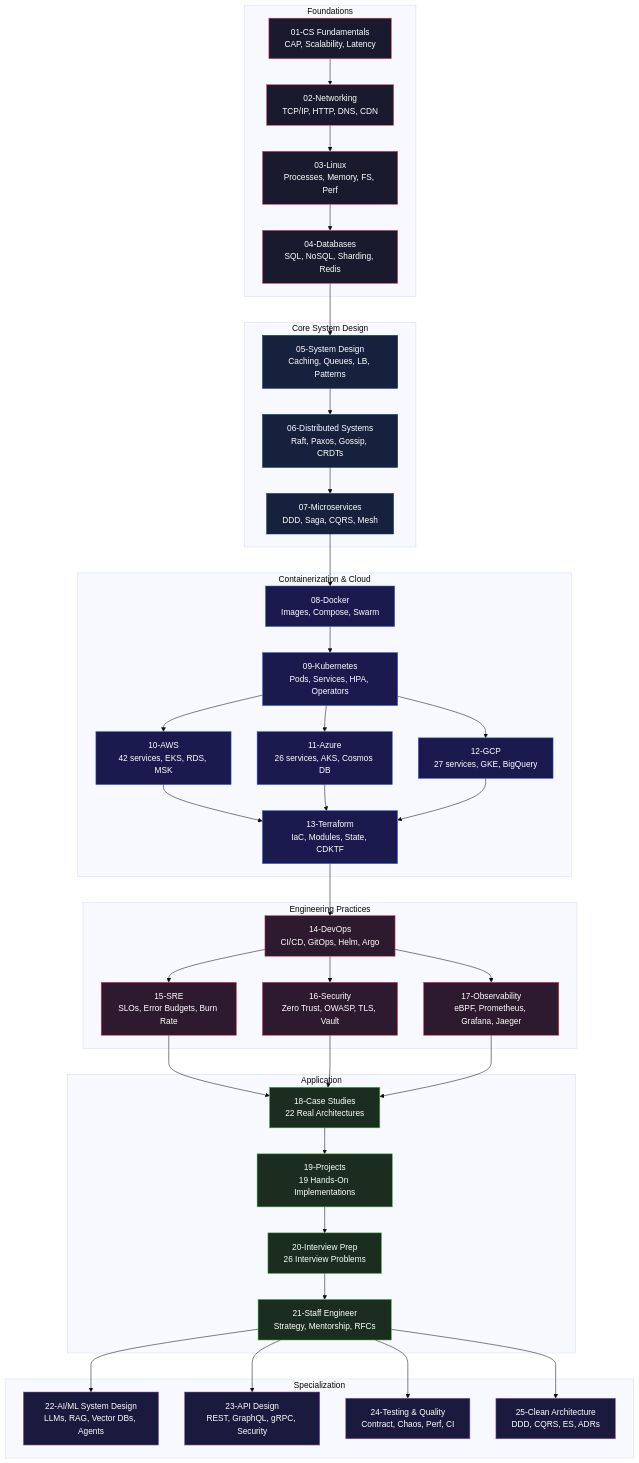
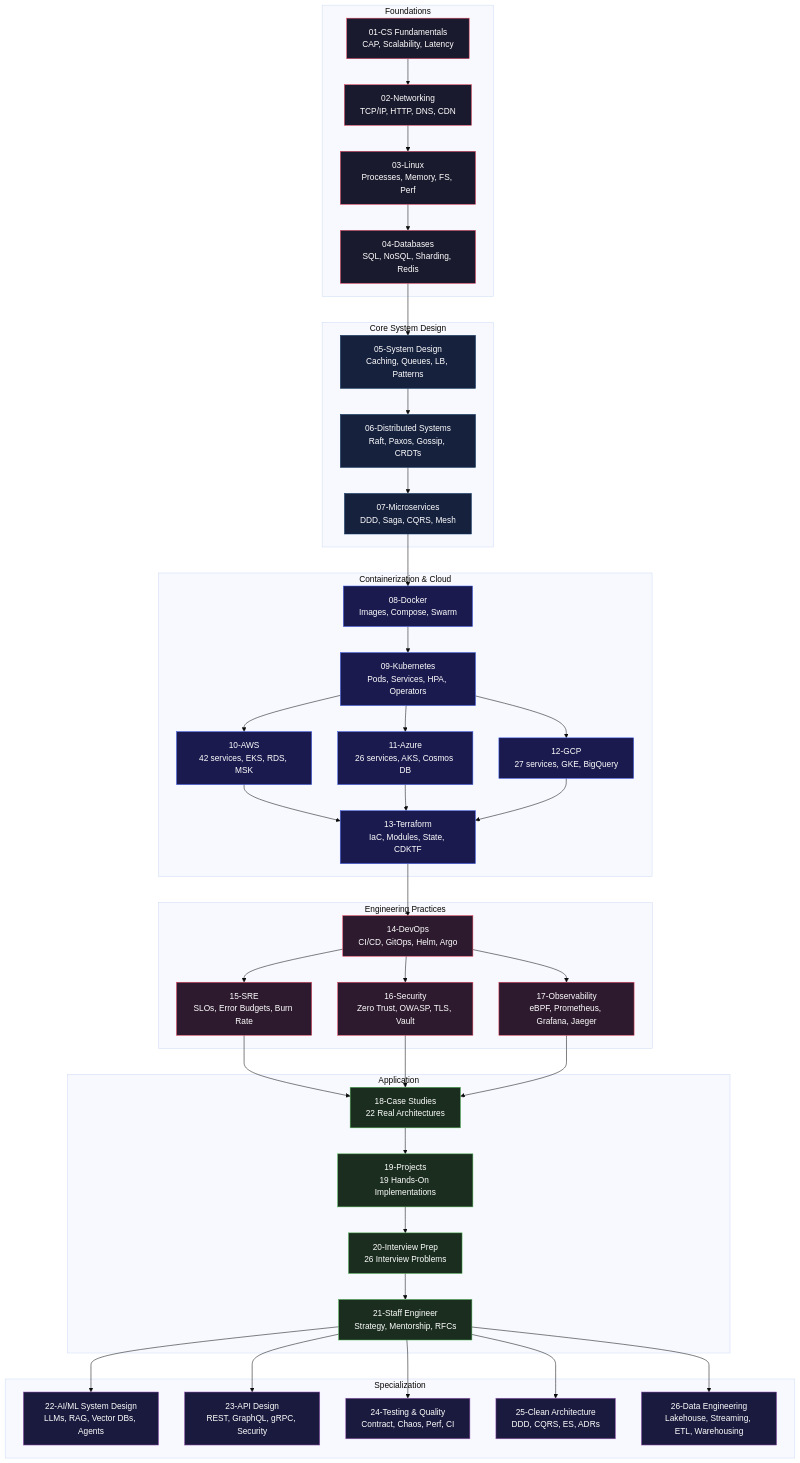
Before and after one commit to ajju853/SystemDesignHandbook: the diagram in README.md, drawn with Mermaid (base theme). The commit also changed other lines of this file and 19 other files, not shown here.

First line of the commit message:
feat: add 26-Data-Engineering module — 15 files

````diff
--- a/README.md
+++ b/README.md
@@ -52,61 +52,63 @@
 ```mermaid
 graph TB
     classDef foundation fill:#1a1a2e,stroke:#e94560,color:#fff
     classDef core fill:#16213e,stroke:#0f3460,color:#fff
     classDef cloud fill:#1a1a4e,stroke:#4361ee,color:#fff
     classDef advanced fill:#2d1a2e,stroke:#e94560,color:#fff
     classDef capstone fill:#1a2d1e,stroke:#4caf50,color:#fff
     classDef specialization fill:#1a1a3e,stroke:#9b59b6,color:#fff
 
     subgraph "Foundations"
         CS["01-CS Fundamentals<br/>CAP, Scalability, Latency"]:::foundation
         NET["02-Networking<br/>TCP/IP, HTTP, DNS, CDN"]:::foundation
         LIN["03-Linux<br/>Processes, Memory, FS, Perf"]:::foundation
         DB["04-Databases<br/>SQL, NoSQL, Sharding, Redis"]:::foundation
     end
 
     subgraph "Core System Design"
         SD["05-System Design<br/>Caching, Queues, LB, Patterns"]:::core
         DS["06-Distributed Systems<br/>Raft, Paxos, Gossip, CRDTs"]:::core
         MS["07-Microservices<br/>DDD, Saga, CQRS, Mesh"]:::core
     end
 
     subgraph "Containerization & Cloud"
         DOCK["08-Docker<br/>Images, Compose, Swarm"]:::cloud
         K8S["09-Kubernetes<br/>Pods, Services, HPA, Operators"]:::cloud
         AWS["10-AWS<br/>42 services, EKS, RDS, MSK"]:::cloud
         AZ["11-Azure<br/>26 services, AKS, Cosmos DB"]:::cloud
         GCP["12-GCP<br/>27 services, GKE, BigQuery"]:::cloud
         TF["13-Terraform<br/>IaC, Modules, State, CDKTF"]:::cloud
     end
 
     subgraph "Engineering Practices"
         DEV["14-DevOps<br/>CI/CD, GitOps, Helm, Argo"]:::advanced
         SRE["15-SRE<br/>SLOs, Error Budgets, Burn Rate"]:::advanced
         SEC["16-Security<br/>Zero Trust, OWASP, TLS, Vault"]:::advanced
         OBS["17-Observability<br/>eBPF, Prometheus, Grafana, Jaeger"]:::advanced
     end
 
     subgraph "Application"
         CASE["18-Case Studies<br/>22 Real Architectures"]:::capstone
         PROJ["19-Projects<br/>19 Hands-On Implementations"]:::capstone
         INT["20-Interview Prep<br/>26 Interview Problems"]:::capstone
         STAFF["21-Staff Engineer<br/>Strategy, Mentorship, RFCs"]:::capstone
     end
 
     subgraph "Specialization"
         AI["22-AI/ML System Design<br/>LLMs, RAG, Vector DBs, Agents"]:::specialization
         API["23-API Design<br/>REST, GraphQL, gRPC, Security"]:::specialization
         TEST["24-Testing & Quality<br/>Contract, Chaos, Perf, CI"]:::specialization
         ARCH["25-Clean Architecture<br/>DDD, CQRS, ES, ADRs"]:::specialization
+        DE["26-Data Engineering<br/>Lakehouse, Streaming, ETL"]:::specialization
     end
 
     CS --> NET --> LIN --> DB
     DB --> SD --> DS --> MS
     MS --> DOCK --> K8S
     K8S --> AWS & AZ & GCP
     AWS & AZ & GCP --> TF --> DEV
     DEV --> SRE & SEC & OBS
     SRE & SEC & OBS --> CASE --> PROJ --> INT --> STAFF
-    STAFF --> AI & API & TEST & ARCH
+    STAFF --> AI & API & TEST & ARCH & DE
+    DE["26-Data Engineering<br/>Lakehouse, Streaming, ETL, Warehousing"]:::specialization
 ```
````
